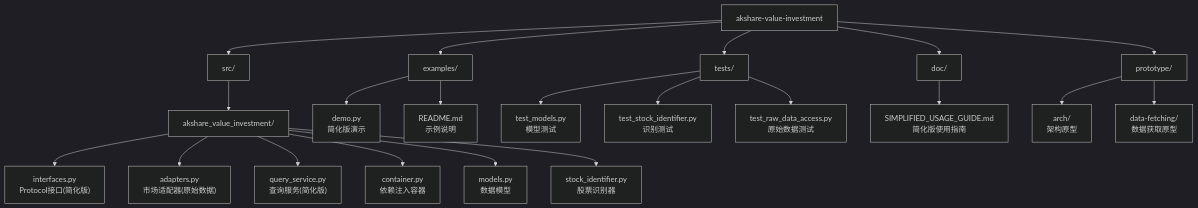
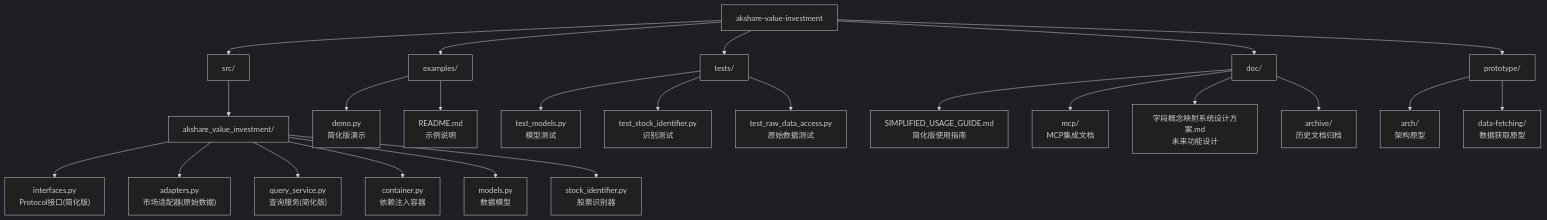
Before and after one commit to yapex/akshare-value-investment: the diagram in CLAUDE.md, drawn with Mermaid (dark theme). The commit also changed other lines of this file and 17 other files, not shown here.

````diff
--- a/CLAUDE.md
+++ b/CLAUDE.md
@@ -31,28 +31,31 @@
 ```mermaid
 graph TD
     A["akshare-value-investment"] --> B["src/"]
     A --> C["examples/"]
     A --> D["tests/"]
     A --> E["doc/"]
     A --> F["prototype/"]
 
     B --> B1["akshare_value_investment/"]
     B1 --> B1a["interfaces.py<br/>Protocol接口(简化版)"]
     B1 --> B1b["adapters.py<br/>市场适配器(原始数据)"]
     B1 --> B1c["query_service.py<br/>查询服务(简化版)"]
     B1 --> B1d["container.py<br/>依赖注入容器"]
     B1 --> B1e["models.py<br/>数据模型"]
     B1 --> B1f["stock_identifier.py<br/>股票识别器"]
 
     C --> C1["demo.py<br/>简化版演示"]
     C --> C2["README.md<br/>示例说明"]
 
     D --> D1["test_models.py<br/>模型测试"]
     D --> D2["test_stock_identifier.py<br/>识别测试"]
     D --> D3["test_raw_data_access.py<br/>原始数据测试"]
 
     E --> E1["SIMPLIFIED_USAGE_GUIDE.md<br/>简化版使用指南"]
+    E --> E2["mcp/<br/>MCP集成文档"]
+    E --> E3["字段概念映射系统设计方案.md<br/>未来功能设计"]
+    E --> E4["archive/<br/>历史文档归档"]
 
     F --> F1["arch/<br/>架构原型"]
     F --> F2["data-fetching/<br/>数据获取原型"]
 ```
````
